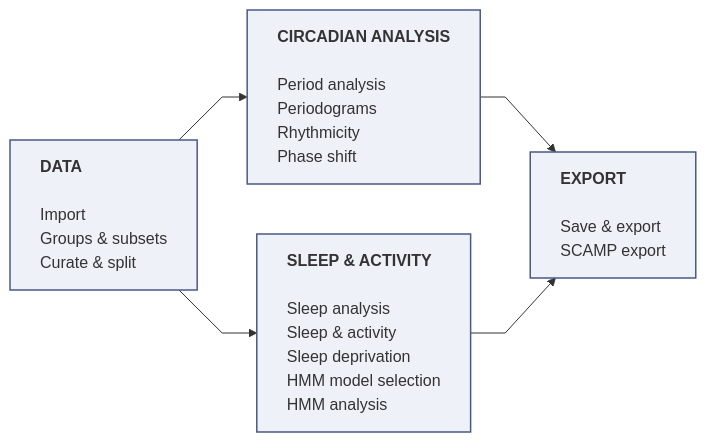
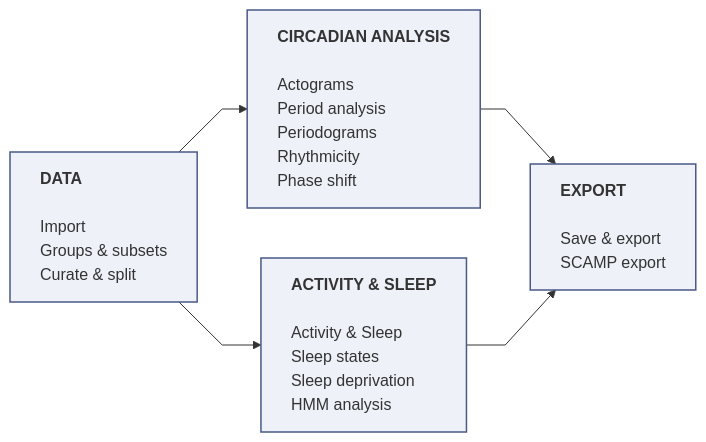
Before and after one commit to epetersen-sci/ClockWork: the diagram in README.md, drawn with Mermaid. The commit also changed other lines of this file and 1 other file, not shown here.

````diff
--- a/README.md
+++ b/README.md
@@ -252,14 +253,14 @@
 ```mermaid
 %%{init: {"flowchart": {"htmlLabels": true, "wrappingWidth": 400, "curve": "linear"}}}%%
 flowchart LR
     A["<b>DATA</b><br/><br/>Import<br/>Groups &amp; subsets<br/>Curate &amp; split"]
-    B["<b>CIRCADIAN ANALYSIS</b><br/><br/>Period analysis<br/>Periodograms<br/>Rhythmicity<br/>Phase shift"]
-    C["<b>SLEEP &amp; ACTIVITY</b><br/><br/>Sleep analysis<br/>Sleep &amp; activity<br/>Sleep deprivation<br/>HMM model selection<br/>HMM analysis"]
+    B["<b>CIRCADIAN ANALYSIS</b><br/><br/>Actograms<br/>Period analysis<br/>Periodograms<br/>Rhythmicity<br/>Phase shift"]
+    C["<b>ACTIVITY &amp; SLEEP</b><br/><br/>Activity &amp; Sleep<br/>Sleep states<br/>Sleep deprivation<br/>HMM analysis"]
     D["<b>EXPORT</b><br/><br/>Save &amp; export<br/>SCAMP export"]
 
     A --> B --> D
     A --> C --> D
 
     classDef sec fill:#eef1f8,stroke:#4a5a86,stroke-width:1.5px,text-align:left
     class A,B,C,D sec
 ```
````
